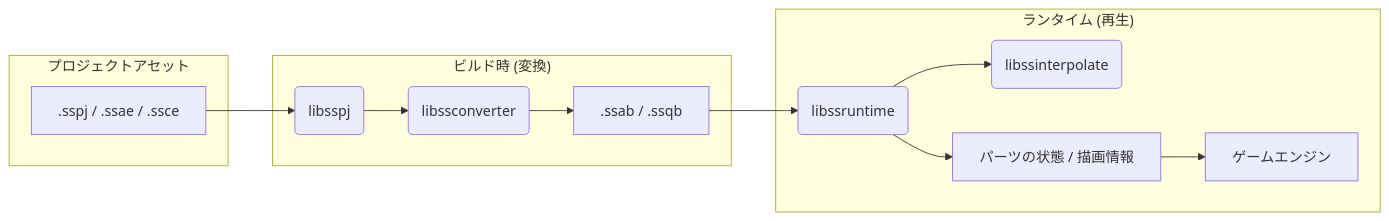
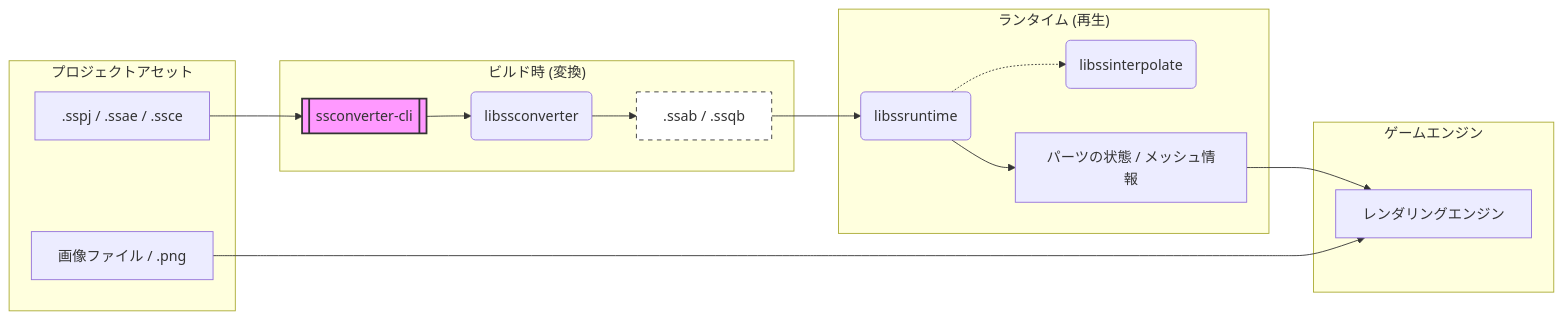
Before and after one commit to cri-middleware/SpriteStudio-SDK: the diagram in README.ja.md, drawn with Mermaid. The commit also changed other lines of this file and 4 other files, not shown here.

Commit message:
improve mermaid figures

````diff
--- a/README.ja.md
+++ b/README.ja.md
@@ -12,19 +12,29 @@
 ```mermaid
 graph LR
-    subgraph "プロジェクトアセット"
-        A[.sspj / .ssae / .ssce]
+    subgraph Assets ["プロジェクトアセット"]
+        SS[".sspj / .ssae / .ssce"]
+        IMG["画像ファイル / .png"]
     end
 
-    subgraph "ビルド時 (変換)"
-        A --> B(libsspj)
-        B --> C(libssconverter)
-        C --> D[.ssab / .ssqb]
+    subgraph Conversion ["ビルド時 (変換)"]
+        CLI[["ssconverter-cli"]]
+        CONV("libssconverter")
+        SS --> CLI
+        CLI --> CONV
+        CONV --> BIN[".ssab / .ssqb"]
     end
 
-    subgraph "ランタイム (再生)"
-        D --> E(libssruntime)
-        E --> F(libssinterpolate)
-        E --> G[パーツの状態 / 描画情報]
-        G --> H[ゲームエンジン]
+    subgraph Runtime ["ランタイム (再生)"]
+        BIN --> RT("libssruntime")
+        RT -.-> INT("libssinterpolate")
+        RT --> STATE["パーツの状態 / メッシュ情報"]
     end
+
+    subgraph Engine ["ゲームエンジン"]
+        STATE --> REND["レンダリングエンジン"]
+        IMG --> REND
+    end
+
+    style CLI fill:#f9f,stroke:#333,stroke-width:2px
+    style BIN fill:#fff,stroke:#333,stroke-dasharray: 5 5
 ```
````
